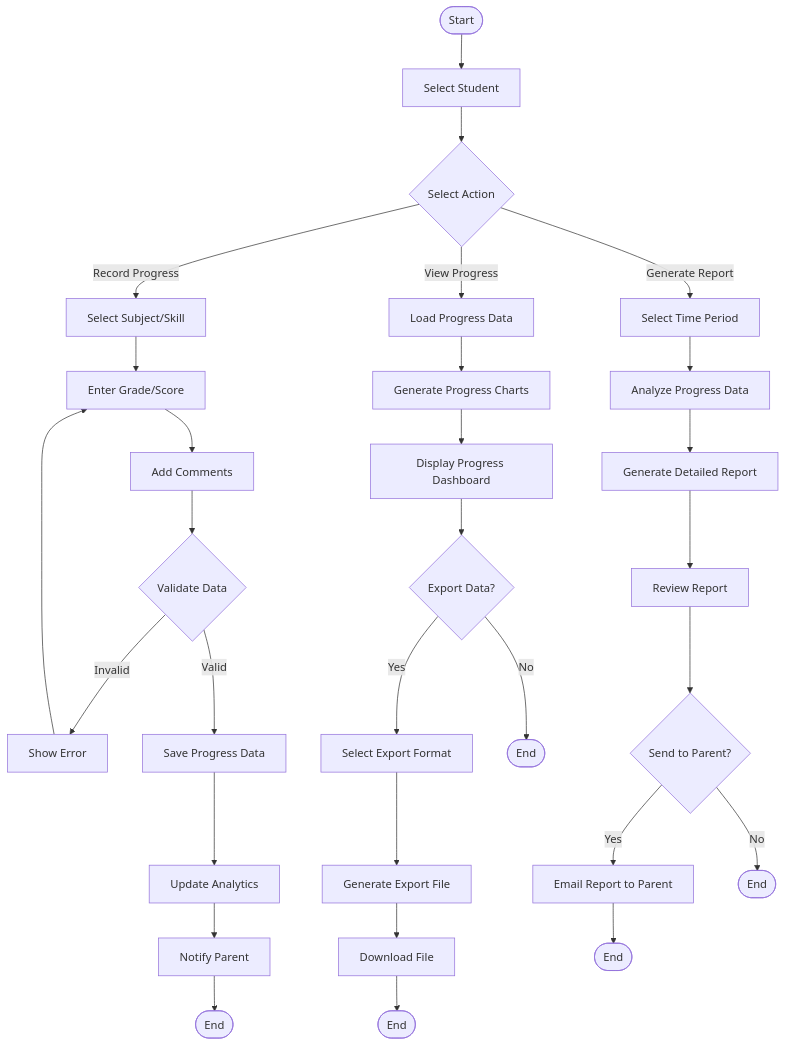
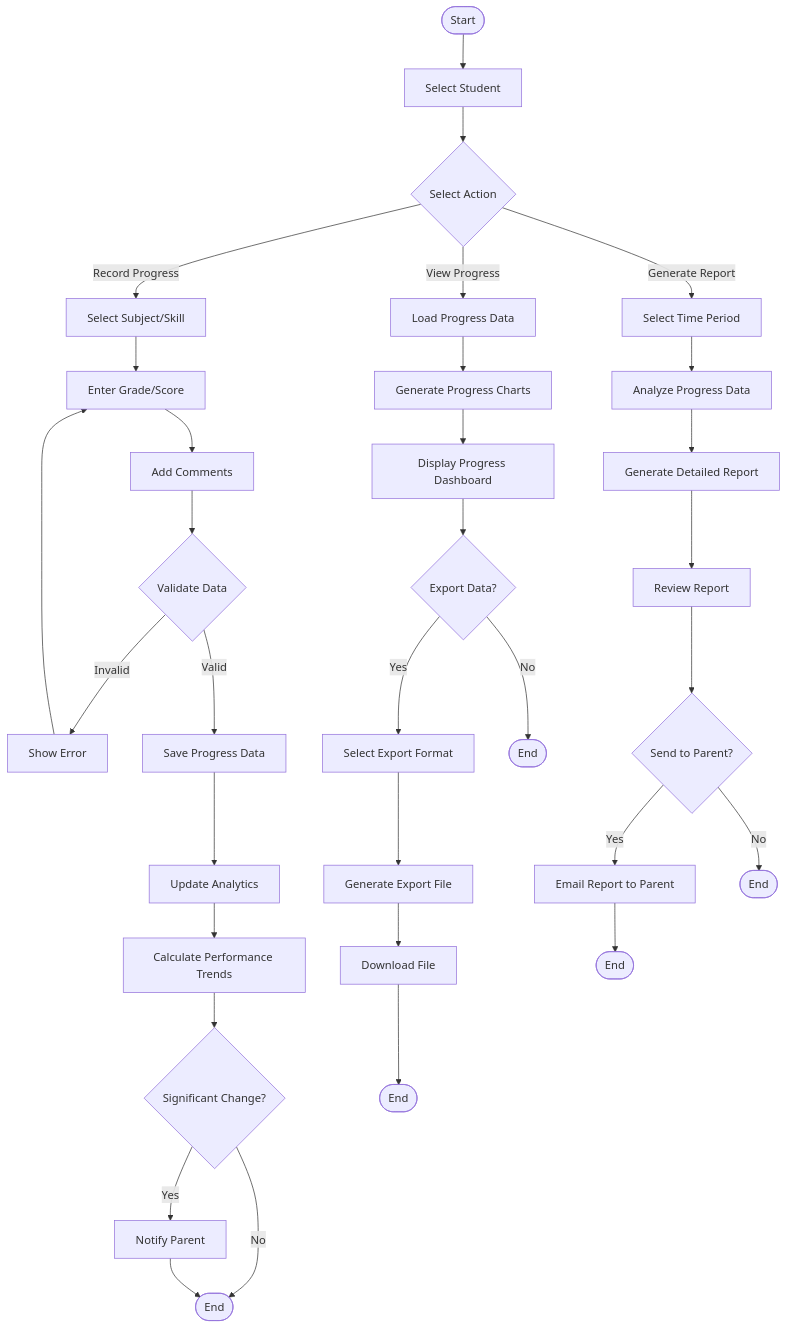
The ninth of 18 diagrams in diagrams.md (TongYwen/childfyp5), drawn with Mermaid before and after one commit. The commit also changed other lines of this file, not shown here.

First line of the commit message:
Update diagrams with proper UML notation

````diff
--- a/diagrams.md
+++ b/diagrams.md
@@ -202,35 +330,38 @@
 ```mermaid
 flowchart TD
     Start([Start]) --> SelectStudent[Select Student]
     SelectStudent --> SelectAction{Select Action}
 
     SelectAction -->|Record Progress| SelectSubject[Select Subject/Skill]
     SelectSubject --> EnterGrade[Enter Grade/Score]
     EnterGrade --> AddComments[Add Comments]
     AddComments --> ValidateData{Validate Data}
     ValidateData -->|Invalid| ShowError1[Show Error]
     ShowError1 --> EnterGrade
     ValidateData -->|Valid| SaveProgress[Save Progress Data]
     SaveProgress --> UpdateAnalytics[Update Analytics]
-    UpdateAnalytics --> NotifyParent1[Notify Parent]
-    NotifyParent1 --> End1([End])
+    UpdateAnalytics --> CalculateTrends[Calculate Performance Trends]
+    CalculateTrends --> CheckSignificant{Significant Change?}
+    CheckSignificant -->|Yes| NotifyParent1[Notify Parent]
+    CheckSignificant -->|No| End1([End])
+    NotifyParent1 --> End1
 
     SelectAction -->|View Progress| LoadProgressData[Load Progress Data]
     LoadProgressData --> GenerateCharts[Generate Progress Charts]
     GenerateCharts --> DisplayProgress[Display Progress Dashboard]
     DisplayProgress --> ExportOption{Export Data?}
     ExportOption -->|Yes| SelectFormat[Select Export Format]
     SelectFormat --> GenerateExport[Generate Export File]
     GenerateExport --> DownloadFile[Download File]
     DownloadFile --> End2([End])
     ExportOption -->|No| End3([End])
 
     SelectAction -->|Generate Report| SelectPeriod[Select Time Period]
     SelectPeriod --> AnalyzeData[Analyze Progress Data]
     AnalyzeData --> GenerateReport[Generate Detailed Report]
     GenerateReport --> ReviewReport[Review Report]
     ReviewReport --> SendReport{Send to Parent?}
     SendReport -->|Yes| EmailReport[Email Report to Parent]
     EmailReport --> End4([End])
     SendReport -->|No| End5([End])
 ```
````
